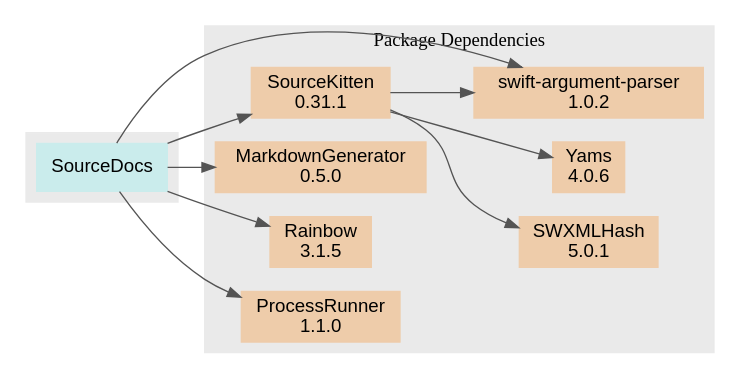
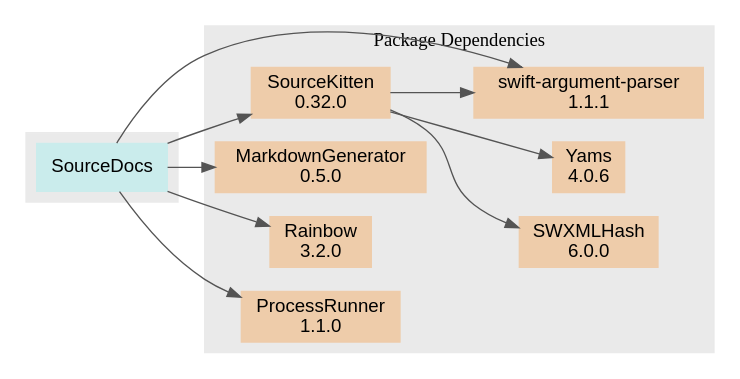
The diagram in docs/PackageDependencies.dot (SourceDocs/SourceDocs), drawn with Graphviz before and after one commit. The commit also changed 4 other files, not shown here.

```diff
--- a/docs/PackageDependencies.dot
+++ b/docs/PackageDependencies.dot
@@ -1,24 +1,24 @@
 digraph PackageDependencyGraph {
     rankdir = LR
     graph [fontname="Helvetica-light", style = filled, color = "#eaeaea"]
     node [shape=box, fontname="Helvetica", style=filled]
     edge [color="#545454"]
 
     subgraph clusterPackage {
         node [color="#caecec"]
         "SourceDocs"
     }
 
     subgraph clusterDependencies {
         label = "Package Dependencies"
         node [color="#eeccaa"]
-        "SourceDocs" -> "swift-argument-parser\n1.0.2"
-        "SourceDocs" -> "SourceKitten\n0.31.1"
+        "SourceDocs" -> "swift-argument-parser\n1.1.1"
+        "SourceDocs" -> "SourceKitten\n0.32.0"
         "SourceDocs" -> "MarkdownGenerator\n0.5.0"
-        "SourceDocs" -> "Rainbow\n3.1.5"
+        "SourceDocs" -> "Rainbow\n3.2.0"
         "SourceDocs" -> "ProcessRunner\n1.1.0"
-        "SourceKitten\n0.31.1" -> "swift-argument-parser\n1.0.2"
-        "SourceKitten\n0.31.1" -> "SWXMLHash\n5.0.1"
-        "SourceKitten\n0.31.1" -> "Yams\n4.0.6"
+        "SourceKitten\n0.32.0" -> "swift-argument-parser\n1.1.1"
+        "SourceKitten\n0.32.0" -> "SWXMLHash\n6.0.0"
+        "SourceKitten\n0.32.0" -> "Yams\n4.0.6"
     }
 }
```
